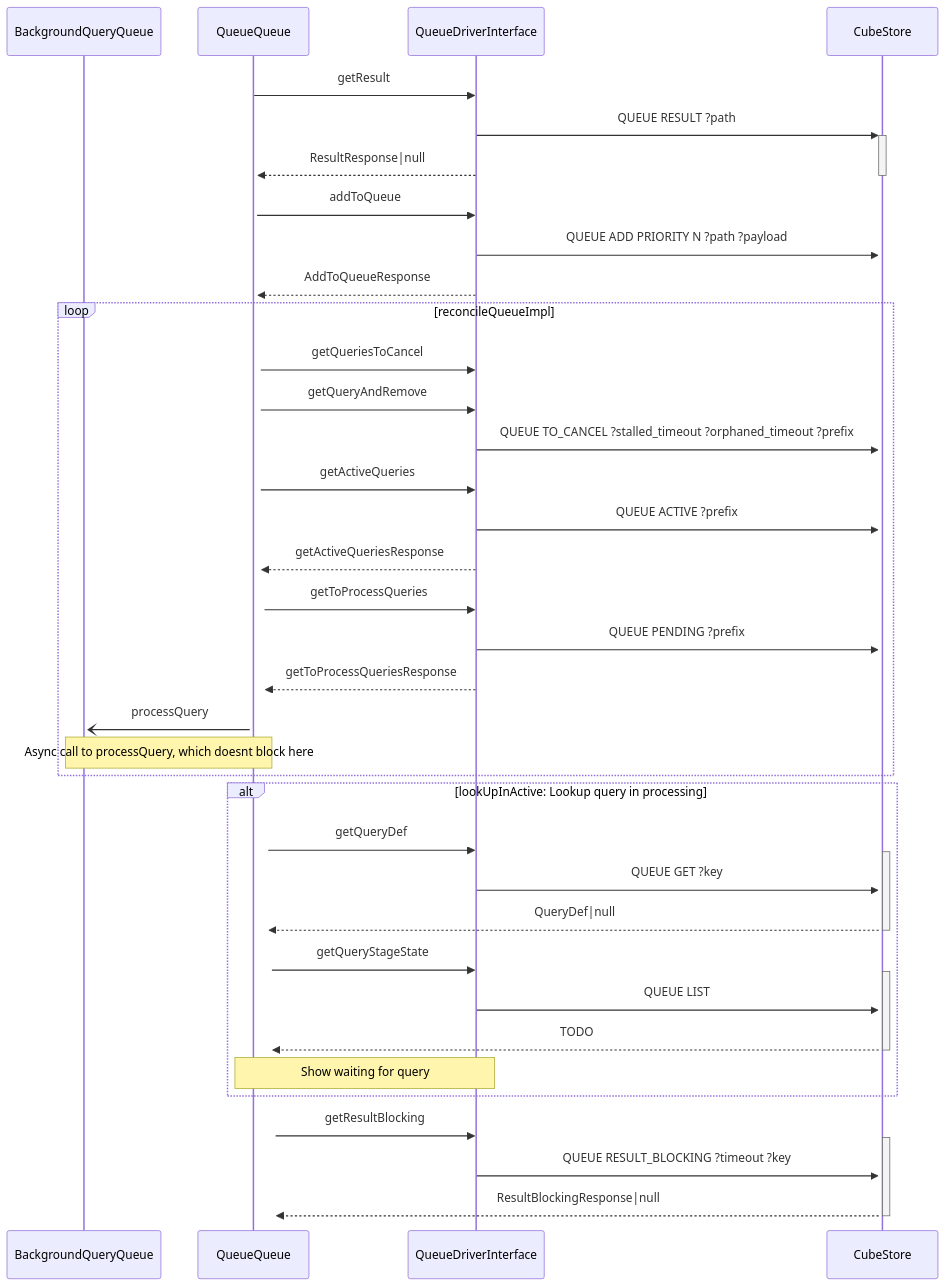
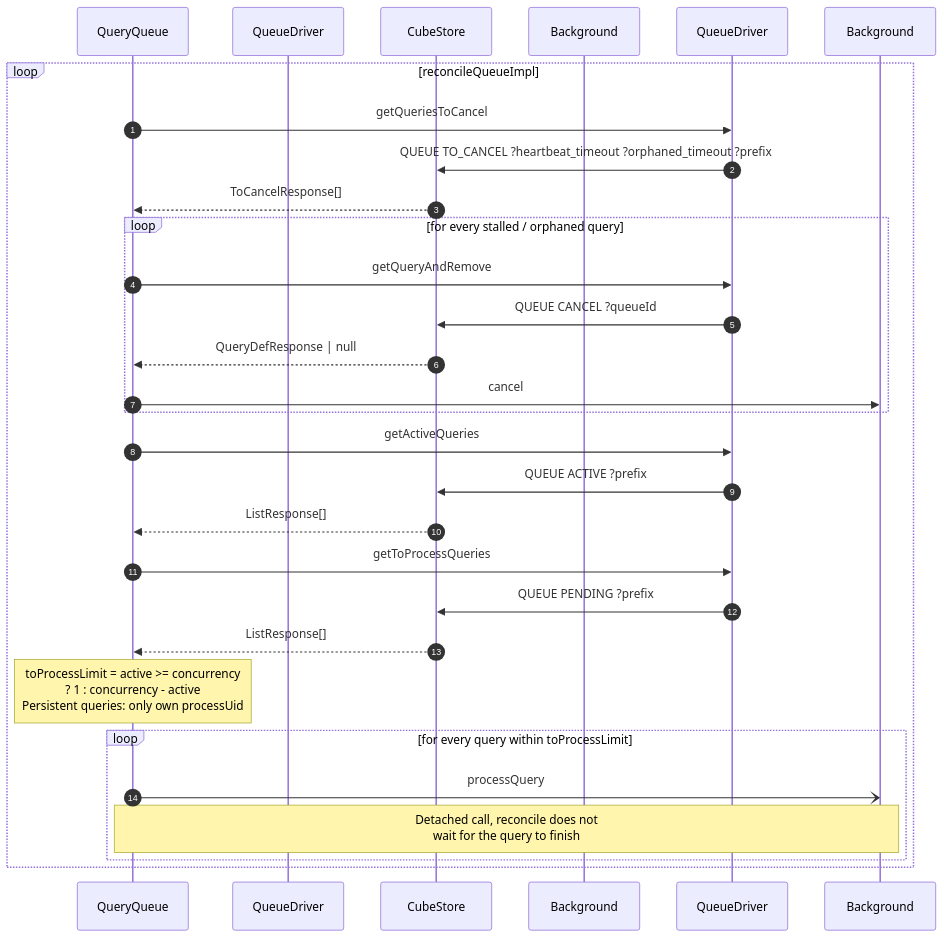
Before and after one commit to cube-js/cube: the second of 4 diagrams in packages/cubejs-query-orchestrator/DEVELOPMENT.md, drawn with Mermaid. The commit also changed other lines of this file, not shown here.

````diff
--- a/packages/cubejs-query-orchestrator/DEVELOPMENT.md
+++ b/packages/cubejs-query-orchestrator/DEVELOPMENT.md
@@ -37,54 +141,36 @@
 ```mermaid
 sequenceDiagram
-    participant BackgroundQueryQueue
-    participant QueueQueue
-    participant QueueDriverInterface
+    autonumber
+    participant QueryQueue
+    participant QueueDriverInterface as QueueDriver
     participant CubeStore
-
-    QueueQueue->>QueueDriverInterface: getResult
-    QueueDriverInterface->>+CubeStore: QUEUE RESULT ?path
-    QueueDriverInterface-->>+QueueQueue: ResultResponse|null
-    deactivate CubeStore
-
-    QueueQueue->>QueueDriverInterface: addToQueue
-    QueueDriverInterface->>+CubeStore: QUEUE ADD PRIORITY N ?path ?payload
-    QueueDriverInterface-->>+QueueQueue: AddToQueueResponse
+    participant BackgroundQueryQueue as Background
 
     loop reconcileQueueImpl
-        QueueQueue->>QueueDriverInterface: getQueriesToCancel
-        QueueQueue->>QueueDriverInterface: getQueryAndRemove
-        QueueDriverInterface->>CubeStore: QUEUE TO_CANCEL ?stalled_timeout ?orphaned_timeout ?prefix
+        QueryQueue->>QueueDriver: getQueriesToCancel
+        QueueDriver->>CubeStore: QUEUE TO_CANCEL ?heartbeat_timeout ?orphaned_timeout ?prefix
+        CubeStore-->>QueryQueue: ToCancelResponse[]
 
-        QueueQueue->>QueueDriverInterface: getActiveQueries
-        QueueDriverInterface->>CubeStore: QUEUE ACTIVE ?prefix
-        QueueDriverInterface-->>+QueueQueue: getActiveQueriesResponse
+        loop for every stalled / orphaned query
+            QueryQueue->>QueueDriver: getQueryAndRemove
+            QueueDriver->>CubeStore: QUEUE CANCEL ?queueId
+            CubeStore-->>QueryQueue: QueryDefResponse | null
+            QueryQueue->>Background: cancel
+        end
 
-        QueueQueue->>QueueDriverInterface: getToProcessQueries
-        QueueDriverInterface->>CubeStore: QUEUE PENDING ?prefix
-        QueueDriverInterface-->>+QueueQueue: getToProcessQueriesResponse
+        QueryQueue->>QueueDriver: getActiveQueries
+        QueueDriver->>CubeStore: QUEUE ACTIVE ?prefix
+        CubeStore-->>QueryQueue: ListResponse[]
 
-        QueueQueue-)+BackgroundQueryQueue: processQuery
-        Note over QueueQueue,BackgroundQueryQueue: Async call to processQuery, which doesnt block here
+        QueryQueue->>QueueDriver: getToProcessQueries
+        QueueDriver->>CubeStore: QUEUE PENDING ?prefix
+        CubeStore-->>QueryQueue: ListResponse[]
+
+        Note over QueryQueue: toProcessLimit = active >= concurrency<br/>? 1 : concurrency - active<br/>Persistent queries: only own processUid
+
+        loop for every query within toProcessLimit
+            QueryQueue-)Background: processQuery
+            Note over QueryQueue,Background: Detached call, reconcile does not<br/>wait for the query to finish
+        end
     end
-
-    alt lookUpInActive: Lookup query in processing
-        QueueQueue->>QueueDriverInterface: getQueryDef
-        activate CubeStore
-        QueueDriverInterface->>CubeStore: QUEUE GET ?key
-        CubeStore-->>+QueueQueue: QueryDef|null
-        deactivate CubeStore
-
-        QueueQueue->>QueueDriverInterface: getQueryStageState
-        activate CubeStore
-        QueueDriverInterface->>CubeStore: QUEUE LIST
-        CubeStore-->>+QueueQueue: TODO
-        deactivate CubeStore
-        Note over QueueQueue,QueueDriverInterface: Show waiting for query
-    end
-
-    QueueQueue->>QueueDriverInterface: getResultBlocking
-    activate CubeStore
-    QueueDriverInterface->>CubeStore: QUEUE RESULT_BLOCKING ?timeout ?key
-    CubeStore-->>+QueueQueue: ResultBlockingResponse|null
-    deactivate CubeStore
 ```
````
